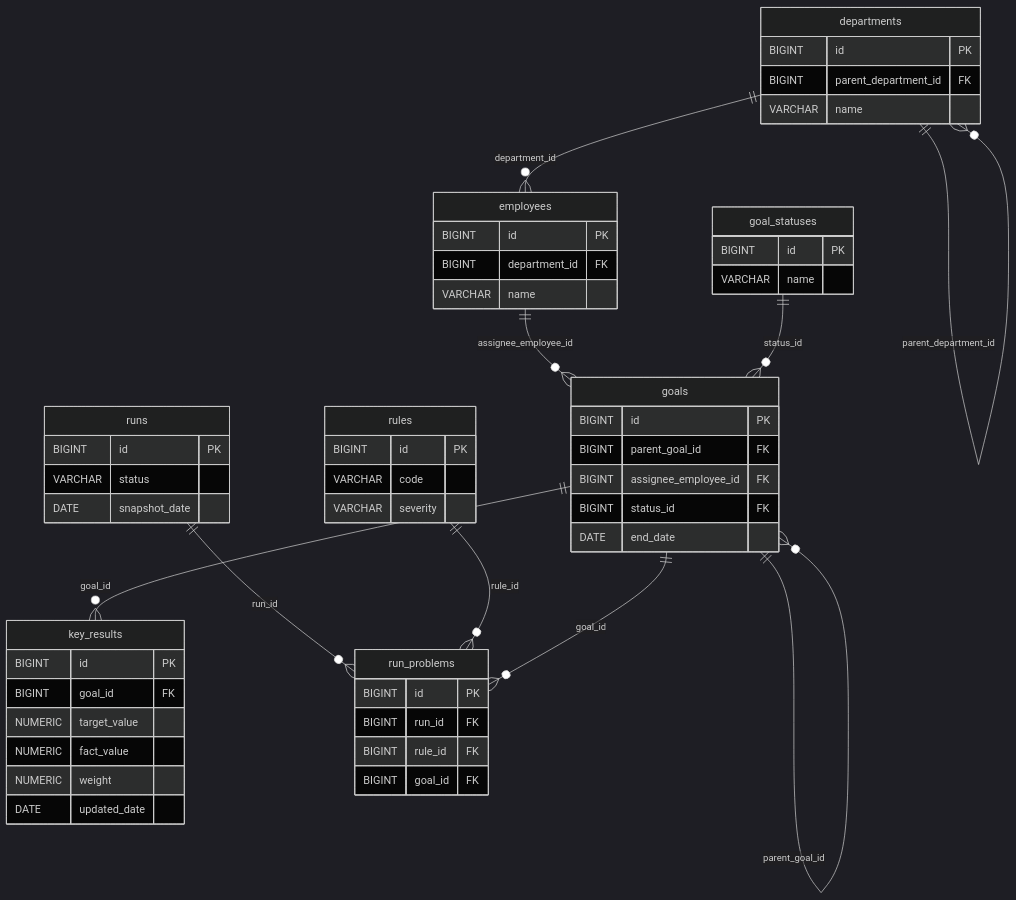
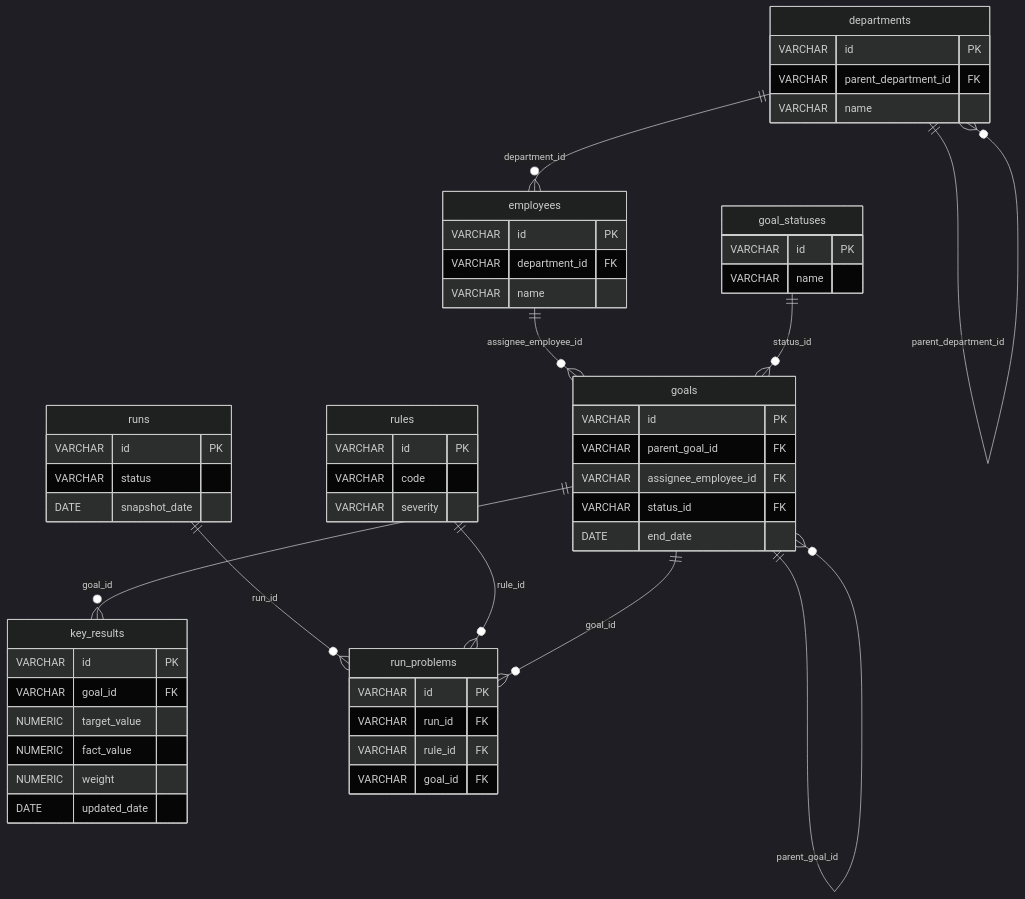
Before and after one commit to pilyaeva/test-task-goals-kkd-service: the diagram in specs/design.md, drawn with Mermaid (dark theme). The commit also changed other lines of this file, not shown here.

````diff
--- a/specs/design.md
+++ b/specs/design.md
@@ -27,58 +27,58 @@
 ```mermaid
 erDiagram
     departments ||--o{ departments : "parent_department_id"
     departments ||--o{ employees : "department_id"
     employees ||--o{ goals : "assignee_employee_id"
     goal_statuses ||--o{ goals : "status_id"
     goals ||--o{ goals : "parent_goal_id"
     goals ||--o{ key_results : "goal_id"
     runs ||--o{ run_problems : "run_id"
     rules ||--o{ run_problems : "rule_id"
     goals ||--o{ run_problems : "goal_id"
 
     departments {
-        BIGINT id PK
-        BIGINT parent_department_id FK
+        VARCHAR id PK
+        VARCHAR parent_department_id FK
         VARCHAR name
     }
     employees {
-        BIGINT id PK
-        BIGINT department_id FK
+        VARCHAR id PK
+        VARCHAR department_id FK
         VARCHAR name
     }
     goal_statuses {
-        BIGINT id PK
+        VARCHAR id PK
         VARCHAR name
     }
     goals {
-        BIGINT id PK
-        BIGINT parent_goal_id FK
-        BIGINT assignee_employee_id FK
-        BIGINT status_id FK
+        VARCHAR id PK
+        VARCHAR parent_goal_id FK
+        VARCHAR assignee_employee_id FK
+        VARCHAR status_id FK
         DATE end_date
     }
     key_results {
-        BIGINT id PK
-        BIGINT goal_id FK
+        VARCHAR id PK
+        VARCHAR goal_id FK
         NUMERIC target_value
         NUMERIC fact_value
         NUMERIC weight
         DATE updated_date
     }
     rules {
-        BIGINT id PK
+        VARCHAR id PK
         VARCHAR code
         VARCHAR severity
     }
     runs {
-        BIGINT id PK
+        VARCHAR id PK
         VARCHAR status
         DATE snapshot_date
     }
     run_problems {
-        BIGINT id PK
-        BIGINT run_id FK
-        BIGINT rule_id FK
-        BIGINT goal_id FK
+        VARCHAR id PK
+        VARCHAR run_id FK
+        VARCHAR rule_id FK
+        VARCHAR goal_id FK
     }
 ```
````
